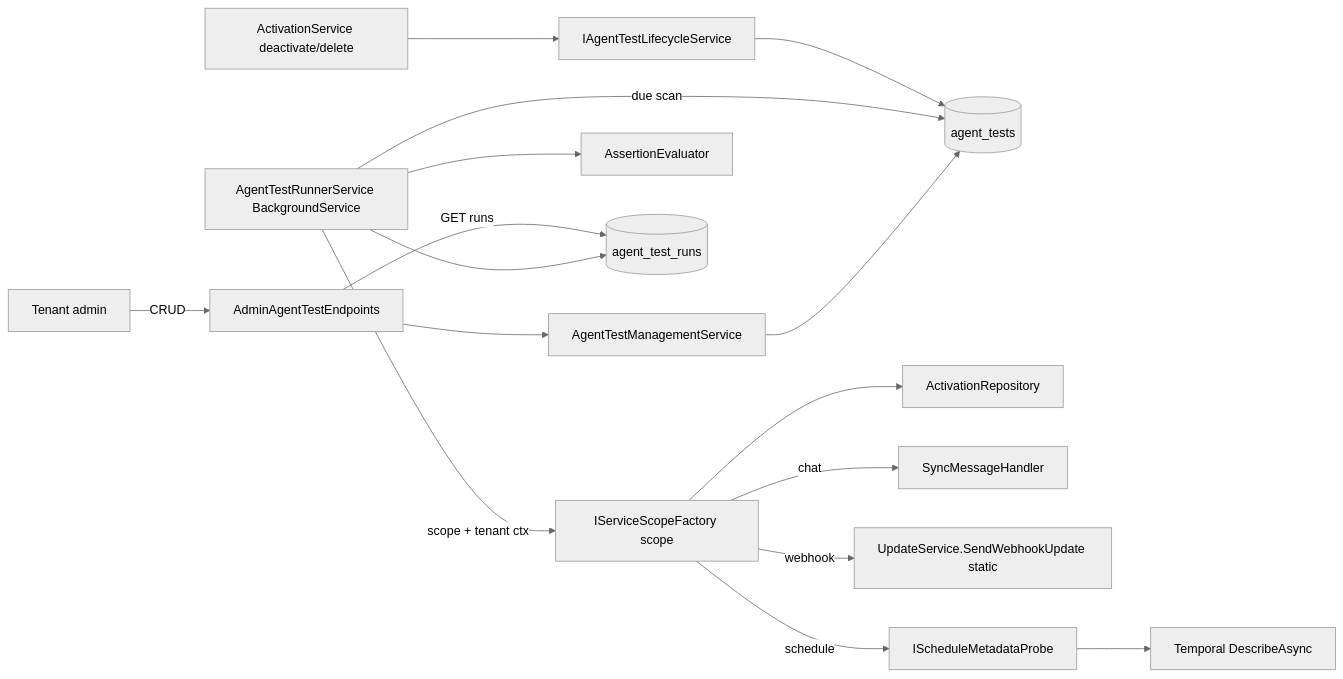
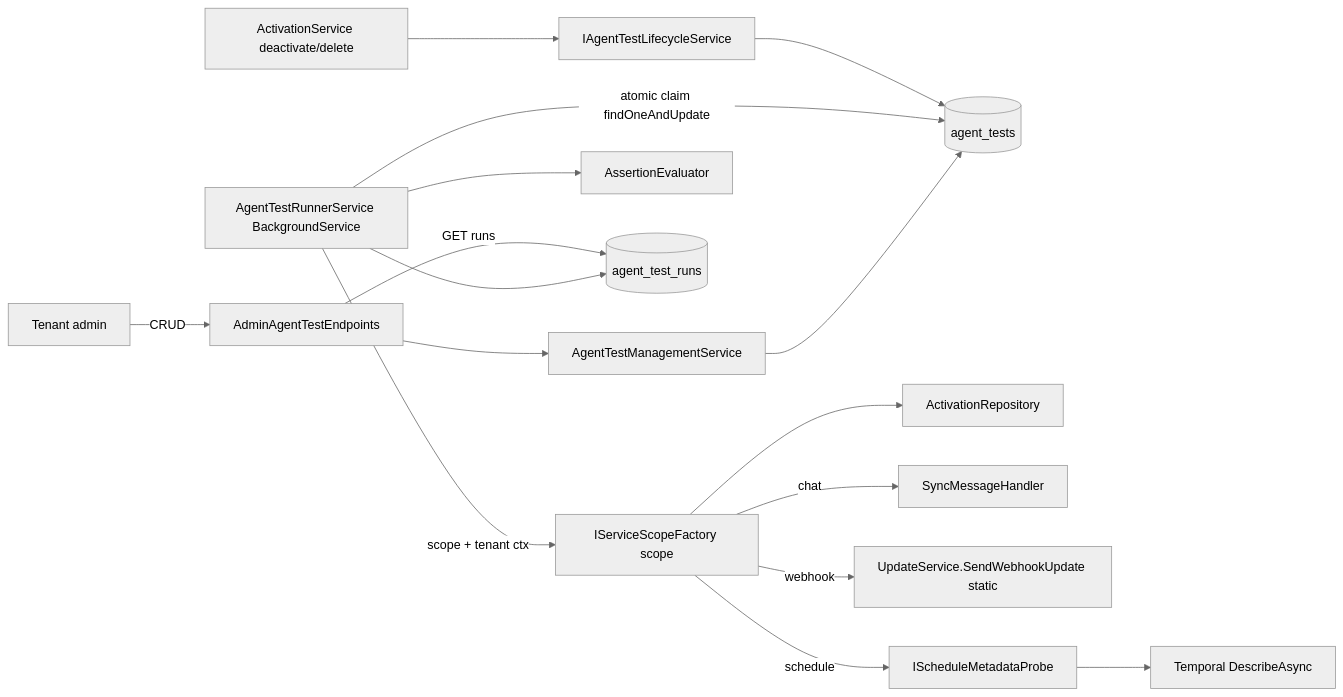
One commit to XiansAiPlatform/XiansAi.Server changed the first of 2 diagrams in docs/design/517-automated-agent-testing.md. Above: the diagram before and after it, drawn with Mermaid (neutral theme). The commit also changed other lines of this file and 1 other file, not shown here.

First line of the commit message:
Design #517: resolve D1/D2/D3 — multi-replica runner claim

````diff
--- a/docs/design/517-automated-agent-testing.md
+++ b/docs/design/517-automated-agent-testing.md
@@ -127,17 +127,17 @@
 ```mermaid
 flowchart LR
   Admin[Tenant admin] -->|CRUD| EP[AdminAgentTestEndpoints]
   EP --> MSvc[AgentTestManagementService]
   MSvc --> TRepo[(agent_tests)]
   Runner[AgentTestRunnerService BackgroundService] -->|scope + tenant ctx| Scope[IServiceScopeFactory scope]
-  Runner -->|due scan| TRepo
+  Runner -->|atomic claim findOneAndUpdate| TRepo
   Scope --> ARepo[ActivationRepository]
   Scope -->|chat| Sync[SyncMessageHandler]
   Scope -->|webhook| US[UpdateService.SendWebhookUpdate static]
   Scope -->|schedule| SMP[IScheduleMetadataProbe]
   SMP --> TC[Temporal DescribeAsync]
   Runner --> Eval[AssertionEvaluator]
   Runner --> RRepo[(agent_test_runs)]
   EP -->|GET runs| RRepo
   ActSvc[ActivationService deactivate/delete] --> Life[IAgentTestLifecycleService] --> TRepo
 ```
````
